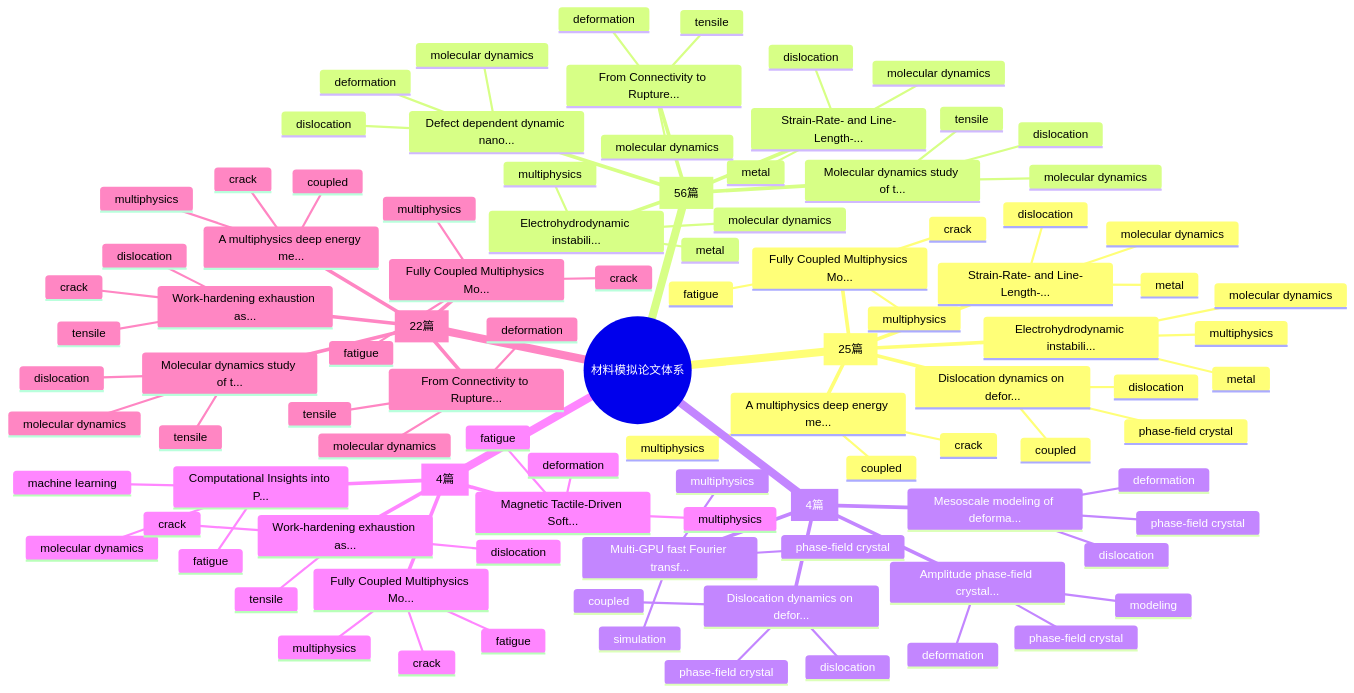
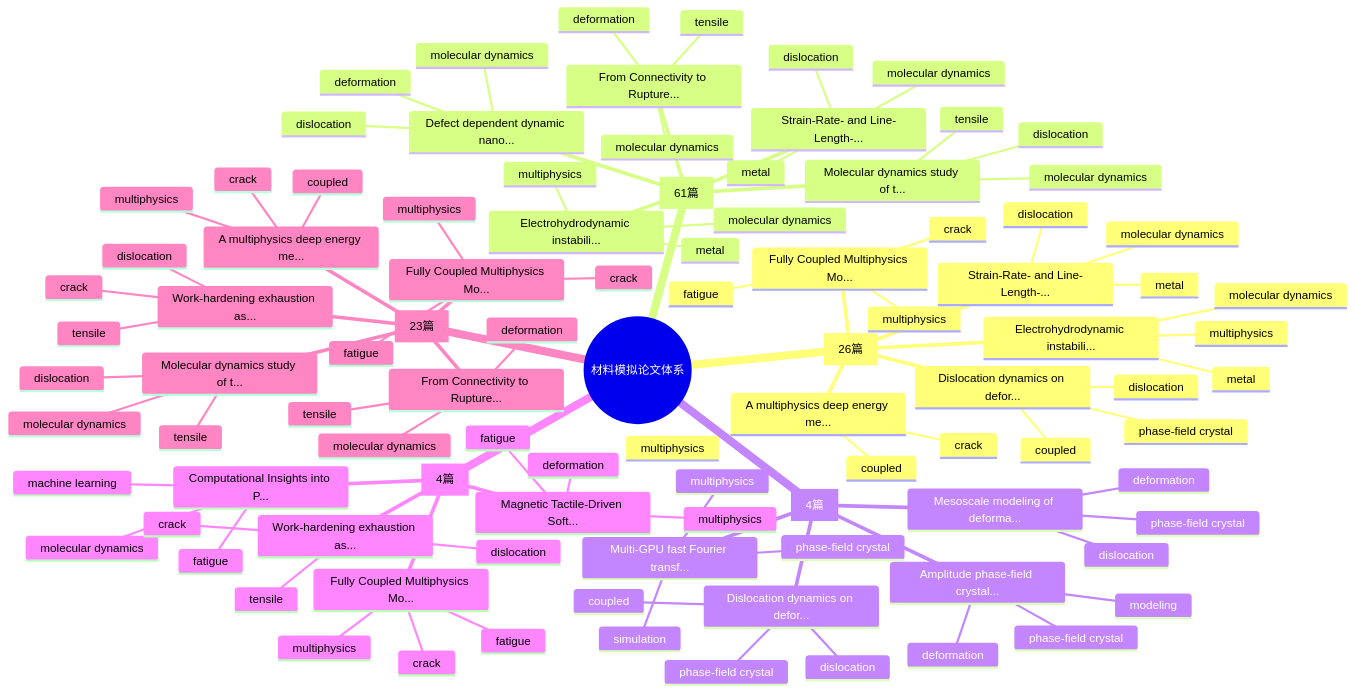
One commit to Shirakawa11111/BJK_readpaper changed the first of 2 diagrams in README.md. Above: the diagram before and after it, drawn with Mermaid. The commit also changed other lines of this file and 21 other files, not shown here.

````diff
--- a/README.md
+++ b/README.md
@@ -94,7 +94,7 @@
 ```mermaid
 mindmap
   root((材料模拟论文体系))
-    Multiphysics Coupling [25篇]
+    Multiphysics Coupling [26篇]
       Fully Coupled Multiphysics Mo...
         fatigue
         multiphysics
@@ -115,7 +115,7 @@
         molecular dynamics
         dislocation
         metal
-    Molecular Dynamics [56篇]
+    Molecular Dynamics [61篇]
       Molecular dynamics study of t...
         molecular dynamics
         dislocation
@@ -170,7 +170,7 @@
         multiphysics
         fatigue
         deformation
-    Tensile / Deformation Simulation [22篇]
+    Tensile / Deformation Simulation [23篇]
       Fully Coupled Multiphysics Mo...
         fatigue
         multiphysics
````
